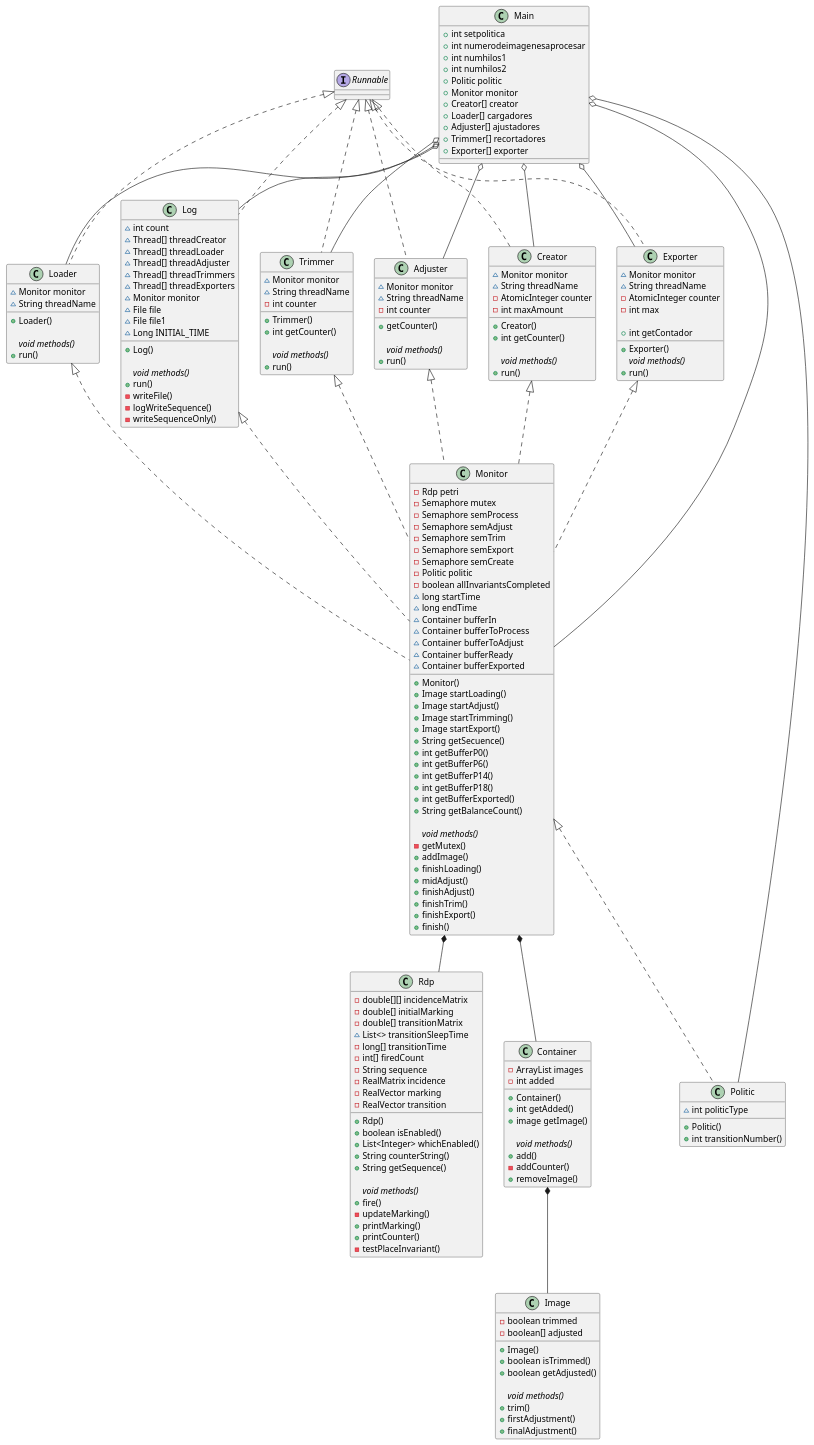
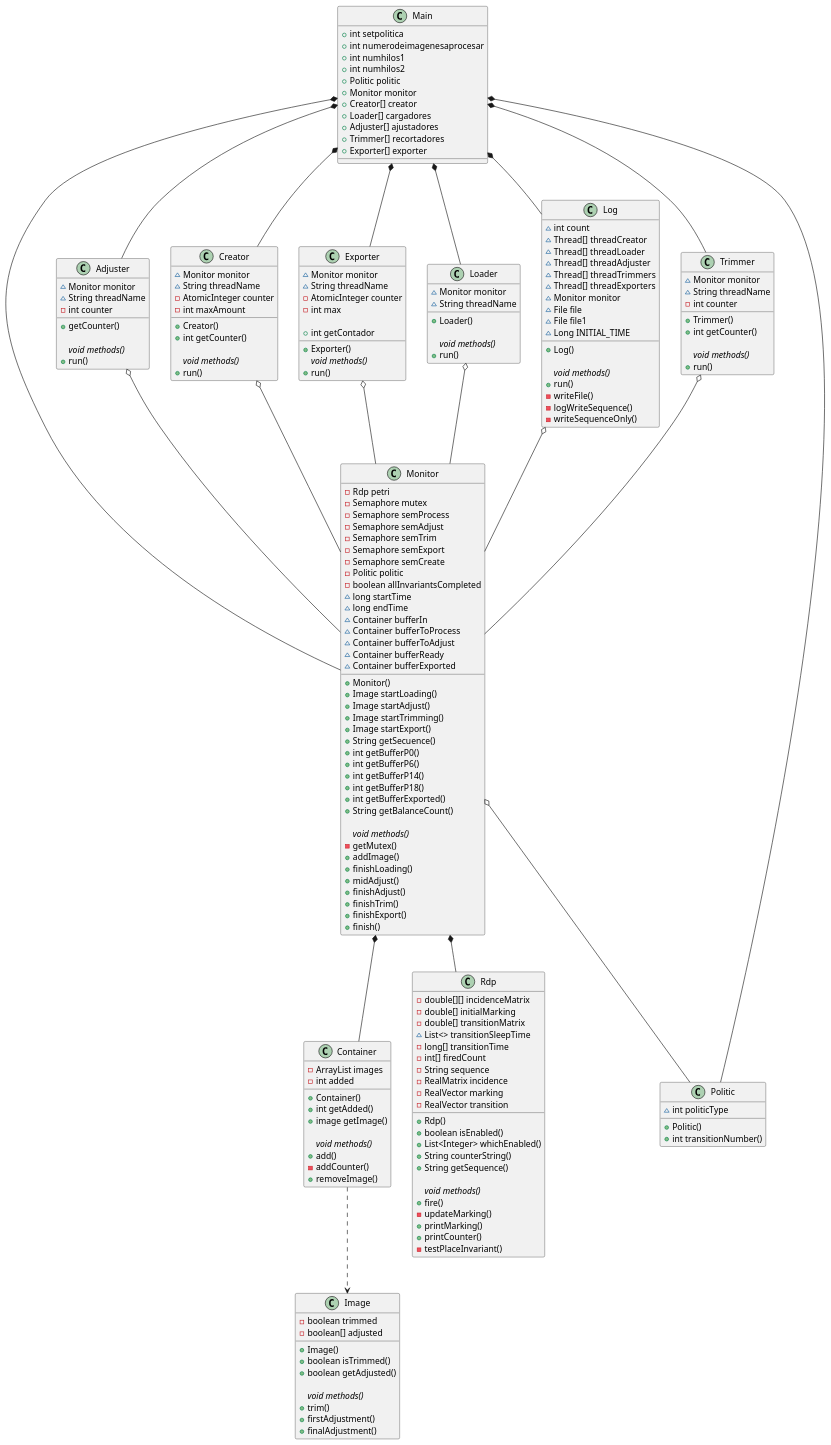
The diagram in classdiagram.puml (mapkpo/Tp2-concurrente), drawn with PlantUML before and after one commit.

Commit message:
update classdiagram

```diff
--- a/classdiagram.puml
+++ b/classdiagram.puml
@@ -1,34 +1,25 @@
 @startuml
 
-interface Runnable{}
-
-Runnable <|.. Adjuster
-Runnable <|.. Creator
-Runnable <|.. Exporter
-Runnable <|.. Loader
-Runnable <|.. Log
-Runnable <|.. Trimmer
-
-Container *-- Image 
+Container ..> Image 
 Monitor *-- Container
 Monitor *-- Rdp
-Monitor <|.. Politic
-Main o-- Politic
+Monitor o-- Politic
 
-Adjuster <|.. Monitor
-Creator <|.. Monitor
-Exporter <|.. Monitor
-Loader <|.. Monitor
-Log <|.. Monitor
-Trimmer <|.. Monitor
+Main *-- Adjuster
+Main *-- Creator
+Main *-- Exporter
+Main *-- Loader
+Main *-- Log
+Main *-- Monitor
+Main *-- Politic
+Main *-- Trimmer
 
-Main o-- Adjuster
-Main o-- Creator
-Main o-- Exporter
-Main o-- Loader
-Main o-- Log
-Main o-- Trimmer
-Main o-- Monitor
+Adjuster o-- Monitor
+Creator o-- Monitor
+Exporter o-- Monitor
+Loader o-- Monitor
+Log o-- Monitor
+Trimmer o-- Monitor
 
 
 class Adjuster{
```
